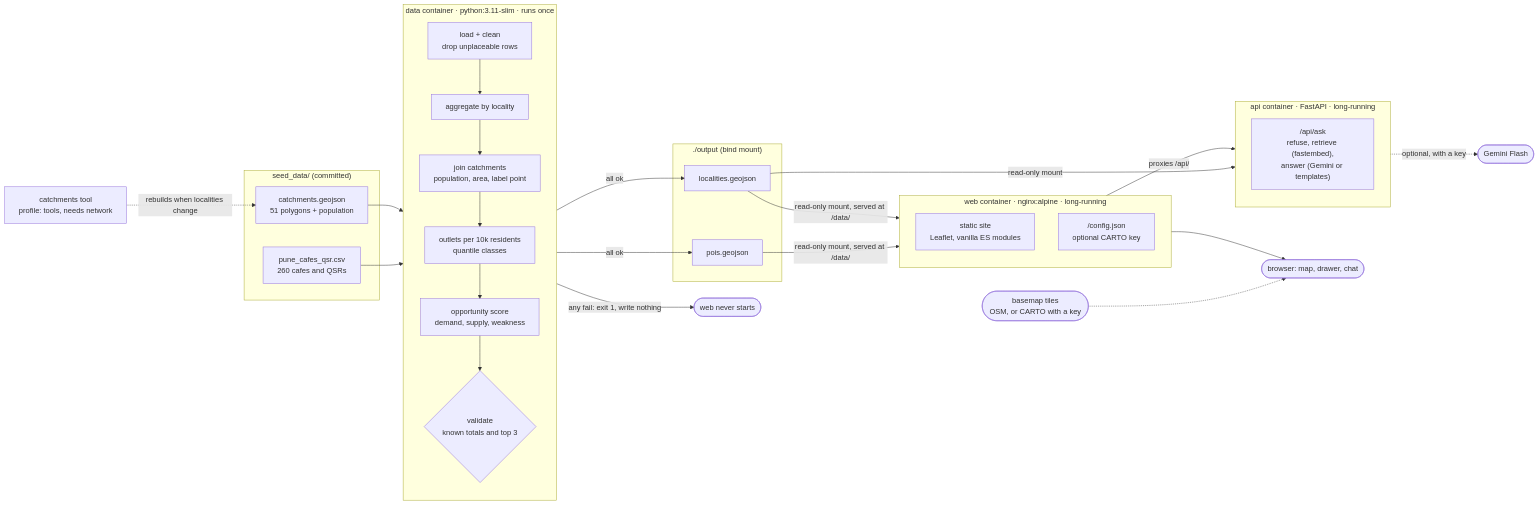
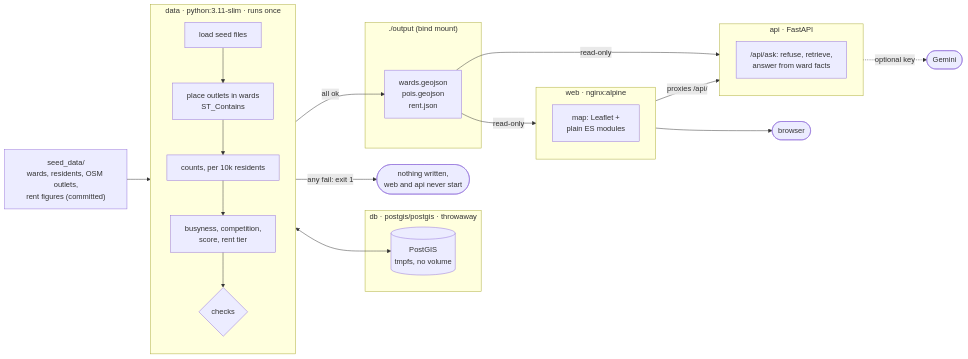
One commit to 33avash/Localio changed the diagram in docs/ARCHITECTURE.md. Above: the diagram before and after it, drawn with Mermaid. The commit also changed other lines of this file and 20 other files, not shown here.

````diff
--- a/docs/ARCHITECTURE.md
+++ b/docs/ARCHITECTURE.md
@@ -7,43 +5,37 @@
 ```mermaid
 flowchart LR
-    subgraph seed["seed_data/ (committed)"]
-        csv["pune_cafes_qsr.csv<br/>260 cafes and QSRs"]
-        geo["catchments.geojson<br/>51 polygons + population"]
+    seed["seed_data/<br/>wards, residents, OSM outlets,<br/>rent figures (committed)"]
+
+    subgraph db["db · postgis/postgis · throwaway"]
+        pg[("PostGIS<br/>tmpfs, no volume")]
     end
 
-    subgraph data["data container · python:3.11-slim · runs once"]
+    subgraph data["data · python:3.11-slim · runs once"]
         direction TB
-        load["load + clean<br/>drop unplaceable rows"] --> agg["aggregate by locality"]
-        agg --> join["join catchments<br/>population, area, label point"]
-        join --> density["outlets per 10k residents<br/>quantile classes"]
-        density --> score["opportunity score<br/>demand, supply, weakness"]
-        score --> check{"validate<br/>known totals and top 3"}
+        load["load seed files"] --> join["place outlets in wards<br/>ST_Contains"]
+        join --> count["counts, per 10k residents"]
+        count --> score["busyness, competition,<br/>score, rent tier"]
+        score --> check{"checks"}
     end
 
     subgraph out["./output (bind mount)"]
-        pois["pois.geojson"]
-        locs["localities.geojson"]
+        files["wards.geojson<br/>pois.geojson<br/>rent.json"]
     end
 
-    subgraph web["web container · nginx:alpine · long-running"]
-        static["static site<br/>Leaflet, vanilla ES modules"]
-        cfg["/config.json<br/>optional CARTO key"]
+    subgraph web["web · nginx:alpine"]
+        site["map: Leaflet +<br/>plain ES modules"]
     end
 
-    subgraph api["api container · FastAPI · long-running"]
-        ask["/api/ask<br/>refuse, retrieve (fastembed),<br/>answer (Gemini or templates)"]
+    subgraph api["api · FastAPI"]
+        ask["/api/ask: refuse, retrieve,<br/>answer from ward facts"]
     end
 
-    csv --> load
-    geo --> join
-    check -- "all ok" --> pois & locs
-    check -- "any fail: exit 1, write nothing" --> stop(["web never starts"])
-    pois & locs -- "read-only mount, served at /data/" --> web
-    locs -- "read-only mount" --> api
+    seed --> load
+    load <--> pg
+    check -- "all ok" --> files
+    check -- "any fail: exit 1" --> stop(["nothing written,<br/>web and api never start"])
+    files -- "read-only" --> web & api
     web -- "proxies /api/" --> api
-    api -. "optional, with a key" .-> gemini(["Gemini Flash"])
-    web --> browser(["browser: map, drawer, chat"])
-    tiles(["basemap tiles<br/>OSM, or CARTO with a key"]) -.-> browser
-
-    tool["catchments tool<br/>profile: tools, needs network"] -. "rebuilds when localities change" .-> geo
+    web --> browser(["browser"])
+    api -. "optional key" .-> gemini(["Gemini"])
 ```
````
